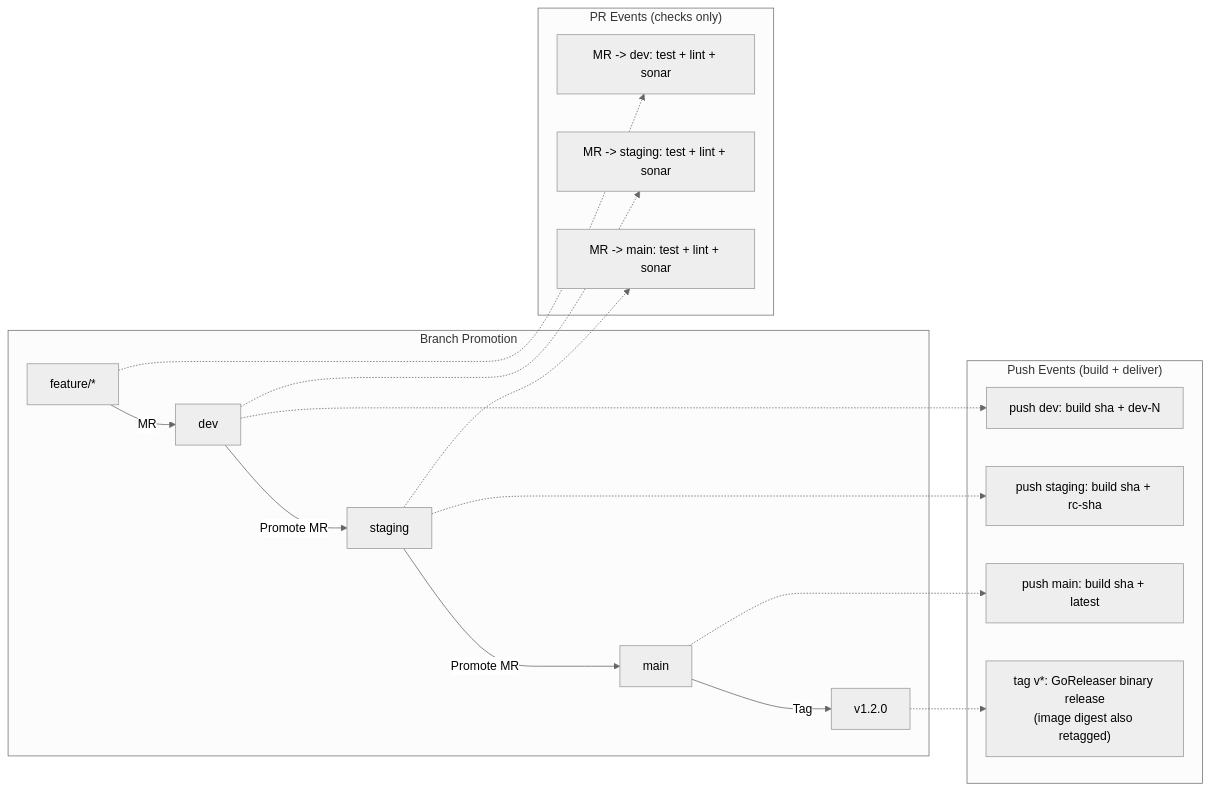
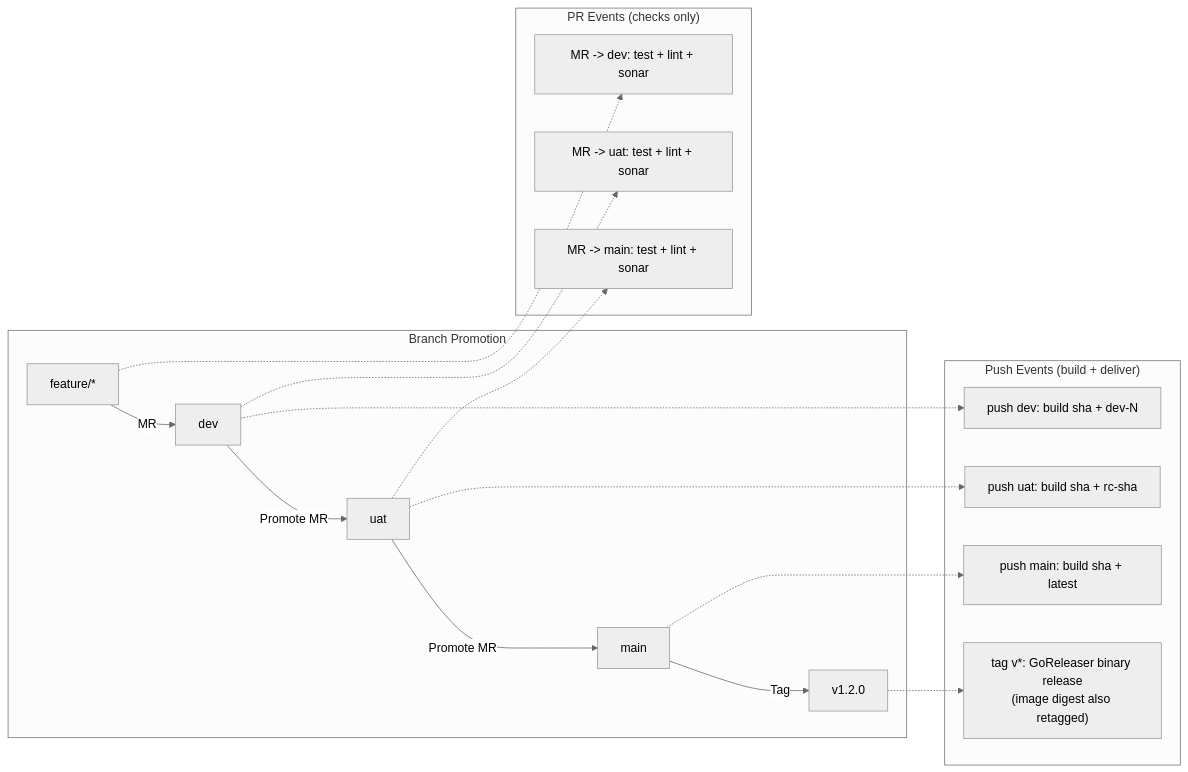
The fourth of 13 diagrams in docs/platform/cicd.md (duynhlab/homelab), drawn with Mermaid (neutral theme) before and after one commit. The commit also changed other lines of this file and 8 other files, not shown here.

First line of the commit message:
Consolidate CI/CD docs + rename staging tier to uat (#382)

````diff
--- a/docs/platform/cicd.md
+++ b/docs/platform/cicd.md
@@ -144,30 +147,30 @@
 ```mermaid
 flowchart LR
     subgraph branches ["Branch Promotion"]
         F["feature/*"] -->|"MR"| D["dev"]
-        D -->|"Promote MR"| S["staging"]
+        D -->|"Promote MR"| S["uat"]
         S -->|"Promote MR"| M["main"]
         M -->|"Tag"| T["v1.2.0"]
     end
 
     subgraph ci_pr ["PR Events (checks only)"]
         PR_D["MR -> dev: test + lint + sonar"]
-        PR_S["MR -> staging: test + lint + sonar"]
+        PR_S["MR -> uat: test + lint + sonar"]
         PR_M["MR -> main: test + lint + sonar"]
     end
 
     subgraph ci_push ["Push Events (build + deliver)"]
         P_D["push dev: build sha + dev-N"]
-        P_S["push staging: build sha + rc-sha"]
+        P_S["push uat: build sha + rc-sha"]
         P_M["push main: build sha + latest"]
         P_T["tag v*: GoReleaser binary release<br/>(image digest also retagged)"]
     end
 
     F -.-> PR_D
     D -.-> P_D
     D -.-> PR_S
     S -.-> P_S
     S -.-> PR_M
     M -.-> P_M
     T -.-> P_T
 ```
````
